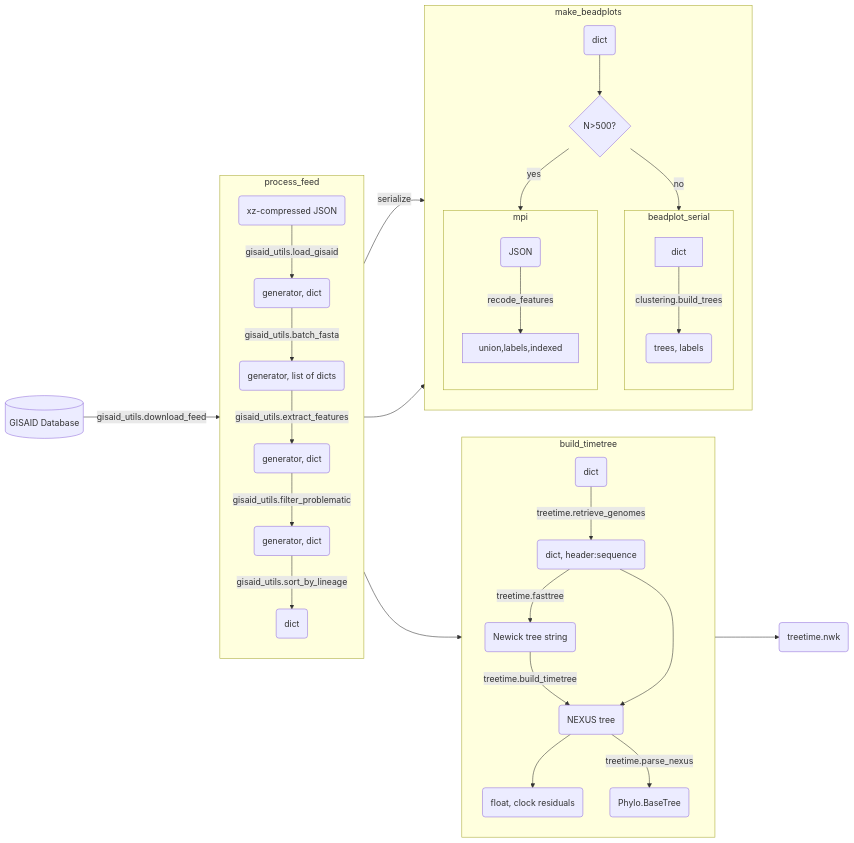
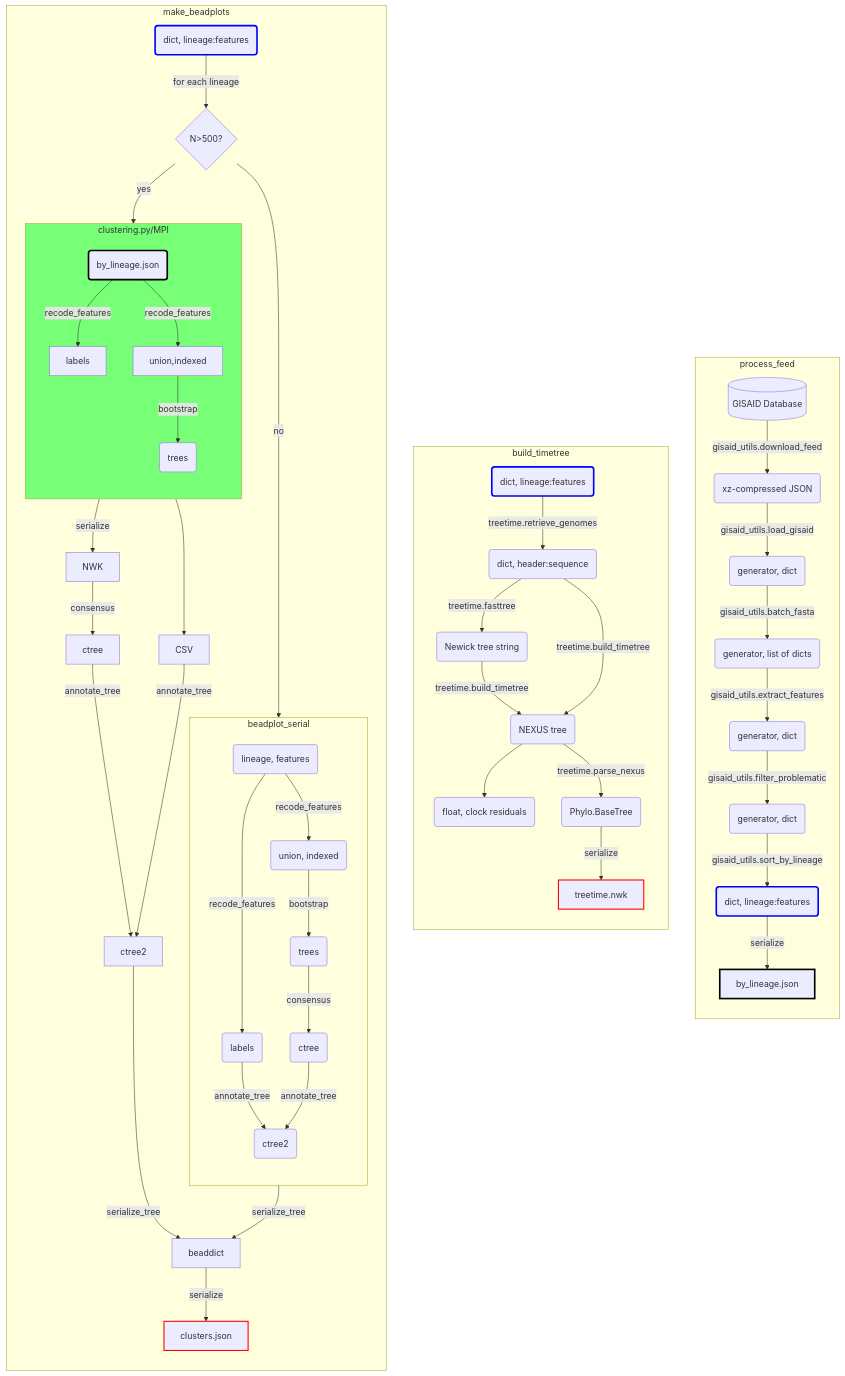
One commit to PoonLab/covizu changed the diagram in doc/workflow.mmd. Above: the diagram before and after it, drawn with Mermaid. The commit also changed 1 other file, not shown here.

```diff
--- a/doc/workflow.mmd
+++ b/doc/workflow.mmd
@@ -1,67 +1,101 @@
 %% This is a https://mermaid-js.github.io/ document
-flowchart LR
-  data[(GISAID Database)]
+flowchart TB
 
   %% download and parse data from GISAID
   subgraph process_feed
     direction TB
+    data[(GISAID Database)]
+    data-->|gisaid_utils.download_feed|xz
     xz(xz-compressed JSON)
     loader(generator, dict)
     xz-->|gisaid_utils.load_gisaid|loader
     batch(generator, list of dicts)
     loader-->|gisaid_utils.batch_fasta|batch
     features(generator, dict)
     batch-->|gisaid_utils.extract_features|features
     filtered(generator, dict)
     features-->|gisaid_utils.filter_problematic|filtered
-    sorted(dict)
+    sorted(dict, lineage:features)
     filtered-->|gisaid_utils.sort_by_lineage|sorted
+
+    sorted-->|serialize|by_lineage.json
+
+    style sorted stroke:#00F,stroke-width:3px
+    style by_lineage.json stroke:#000,stroke-width:3px
   end
 
-  data-->|gisaid_utils.download_feed|process_feed
-  bylineagejson(JSON)
-  process_feed-->|serialize|bylineagejson
-  process_feed-->build_timetree
+  %%process_feed-->build_timetree
 
   subgraph build_timetree
     direction TB
-    by_lineage(dict)
+
+    by_lineage(dict, lineage:features)
+    style by_lineage stroke:#00F,stroke-width:3px
+
     repgenomes(dict, header:sequence)
     by_lineage-->|treetime.retrieve_genomes|repgenomes
     newick(Newick tree string)
     repgenomes-->|treetime.fasttree|newick
     nexus(NEXUS tree)
     newick-->|treetime.build_timetree|nexus
-    repgenomes-->nexus
+    repgenomes-->|treetime.build_timetree|nexus
     phylo(Phylo.BaseTree)
     residuals(float, clock residuals)
     nexus-->residuals
     nexus-->|treetime.parse_nexus|phylo
+    phylo-->|serialize|treetime.nwk
   end
+  style treetime.nwk stroke:#F00,stroke-width:2px
 
-  treetime.nwk(treetime.nwk)
-  build_timetree-->treetime.nwk
+  %%build_timetree-->treetime.nwk
 
 
   subgraph make_beadplots
     direction TB
-    by_lineage2(dict)
+
+    by_lineage2(dict, lineage:features)
+    style by_lineage2 stroke:#00F,stroke-width:3px
+
     do_MPI{N>500?}
-    by_lineage2-->do_MPI
+    by_lineage2-->|for each lineage|do_MPI
     do_MPI-->|no|beadplot_serial
+
     subgraph beadplot_serial
       direction TB
-      serial1(trees, labels)
-      dict-->|clustering.build_trees|serial1
+      bsdict(lineage, features)
+      bsdict-->|recode_features|Sunion,indexed
+      Sunion,indexed(union, indexed)
+      bsdict-->|recode_features|Slabels
+      Slabels(labels)
+      Sunion,indexed-->|bootstrap|Strees
+      Strees(trees)
+      Strees-->|consensus|Sctree
+      Sctree(ctree)
+      Slabels & Sctree-->|annotate_tree|Sctree2
+      Sctree2(ctree2)  
     end
+    Sctree2-->|serialize_tree|beaddict
 
-    subgraph mpi
+    subgraph clustering.py/MPI
       direction TB
-      bylineagejson-->|recode_features|union,labels,indexed
+
+      JSON(by_lineage.json)
+      JSON-->|recode_features|labels
+      JSON-->|recode_features|union,indexed
+      style JSON stroke:#000,stroke-width:3px
+
+      union,indexed-->|bootstrap|bootstrap
+      bootstrap(trees)
     end
-    do_MPI-->|yes|mpi
+    do_MPI-->|yes|clustering.py/MPI
+    labels-->CSV
+    bootstrap-->|serialize|NWK
+    style clustering.py/MPI fill:#7F7
 
-
-
+    NWK-->|consensus|ctree
+    ctree & CSV-->|annotate_tree|ctree2
+    ctree2-->|serialize_tree|beaddict
+    beaddict-->|serialize|clusters.json
+    style clusters.json stroke:#F00,stroke-width:2px
   end
-  process_feed-->make_beadplots
+  %%process_feed-->make_beadplots
```
